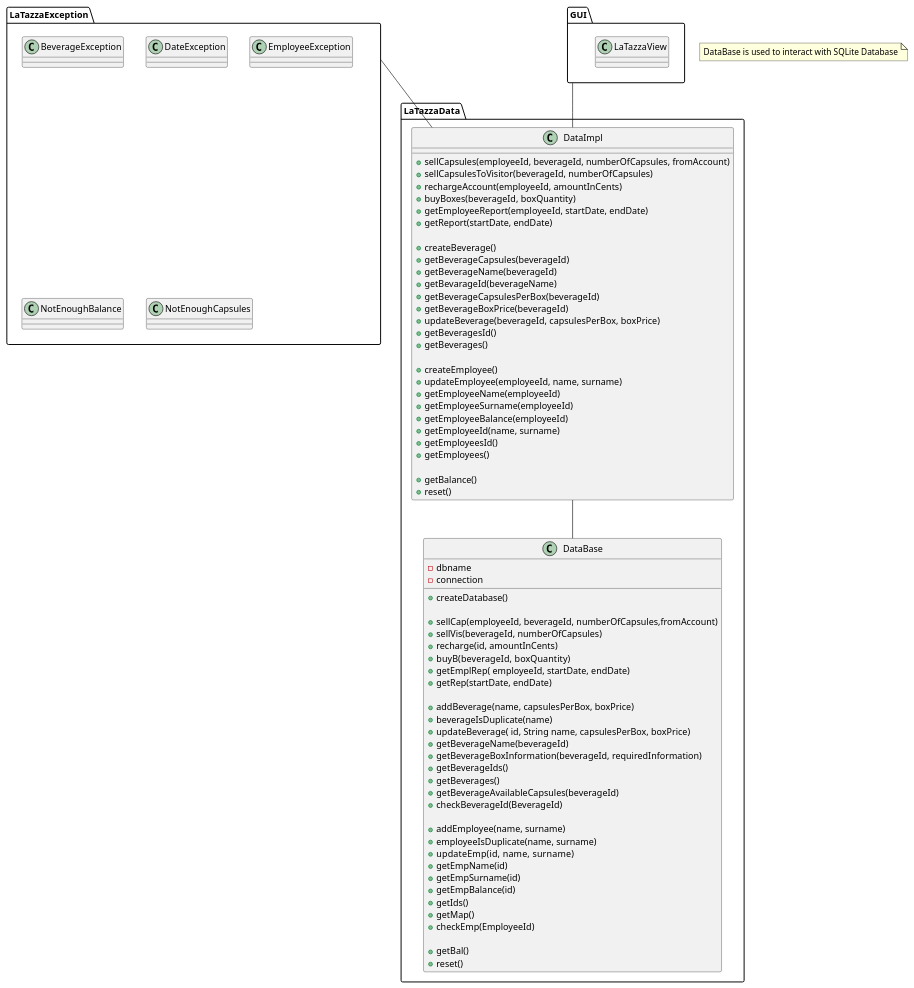
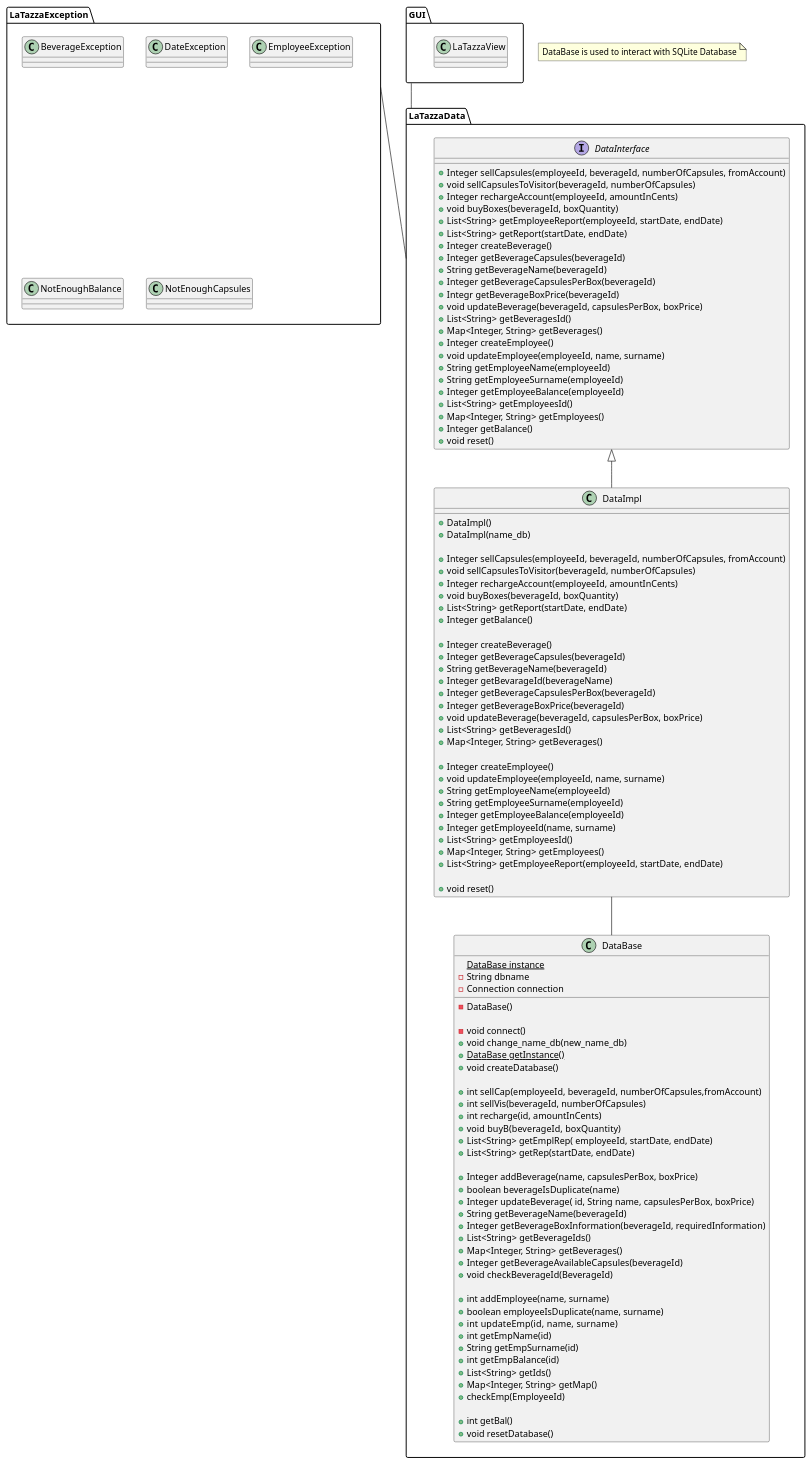
The second of 3 diagrams in templates/DesignDocumentTemplate.md (SimoneDutto/LaTazza), drawn with PlantUML before and after one commit. The commit also changed other lines of this file, not shown here.

Commit message:
Update Class Diagram in DesignDocumentTemplate.md

```diff
--- a/templates/DesignDocumentTemplate.md
+++ b/templates/DesignDocumentTemplate.md
@@ -47,76 +45,114 @@
 }
 
 package LaTazzaData{
+interface DataInterface {
+
+{method} + Integer sellCapsules(employeeId, beverageId, numberOfCapsules, fromAccount)
+{method} + void sellCapsulesToVisitor(beverageId, numberOfCapsules)
+{method} + Integer rechargeAccount(employeeId, amountInCents) 
+{method} + void buyBoxes(beverageId, boxQuantity)
+{method} + List<String> getEmployeeReport(employeeId, startDate, endDate)
+{method} + List<String> getReport(startDate, endDate)
+{method} + Integer createBeverage()
+{method} + Integer getBeverageCapsules(beverageId)
+{method} + String getBeverageName(beverageId)
+{method} + Integer getBeverageCapsulesPerBox(beverageId)
+{method} + Integr getBeverageBoxPrice(beverageId)
+{method} + void updateBeverage(beverageId, capsulesPerBox, boxPrice)
+{method} + List<String> getBeveragesId()
+{method} + Map<Integer, String> getBeverages()
+{method} + Integer createEmployee()
+{method} + void updateEmployee(employeeId, name, surname)
+{method} + String getEmployeeName(employeeId)
+{method} + String getEmployeeSurname(employeeId)
+{method} + Integer getEmployeeBalance(employeeId)
+{method} + List<String> getEmployeesId()
+{method} + Map<Integer, String> getEmployees()
+{method} + Integer getBalance()
+{method} + void reset()
+    
+}
+
 class DataImpl {
 
-{method} + sellCapsules(employeeId, beverageId, numberOfCapsules, fromAccount)
-{method} + sellCapsulesToVisitor(beverageId, numberOfCapsules)
-{method} + rechargeAccount(employeeId, amountInCents) 
-{method} + buyBoxes(beverageId, boxQuantity)
-{method} + getEmployeeReport(employeeId, startDate, endDate)
-{method} + getReport(startDate, endDate)
+{method} + DataImpl()
+{method} + DataImpl(name_db)
 
-{method} + createBeverage()
-{method} + getBeverageCapsules(beverageId)
-{method} + getBeverageName(beverageId)
-{method} + getBevarageId(beverageName)
-{method} + getBeverageCapsulesPerBox(beverageId)
-{method} + getBeverageBoxPrice(beverageId)
-{method} + updateBeverage(beverageId, capsulesPerBox, boxPrice)
-{method} + getBeveragesId()
-{method} + getBeverages()
+{method} + Integer sellCapsules(employeeId, beverageId, numberOfCapsules, fromAccount)
+{method} + void sellCapsulesToVisitor(beverageId, numberOfCapsules)
+{method} + Integer rechargeAccount(employeeId, amountInCents) 
+{method} + void buyBoxes(beverageId, boxQuantity)
+{method} + List<String> getReport(startDate, endDate)
+{method} + Integer getBalance()
 
-{method} + createEmployee()
-{method} + updateEmployee(employeeId, name, surname)
-{method} + getEmployeeName(employeeId)
-{method} + getEmployeeSurname(employeeId)
-{method} + getEmployeeBalance(employeeId)
-{method} + getEmployeeId(name, surname)
-{method} + getEmployeesId()
-{method} + getEmployees()
+{method} + Integer createBeverage()
+{method} + Integer getBeverageCapsules(beverageId)
+{method} + String getBeverageName(beverageId)
+{method} + Integer getBevarageId(beverageName)
+{method} + Integer getBeverageCapsulesPerBox(beverageId)
+{method} + Integer getBeverageBoxPrice(beverageId)
+{method} + void updateBeverage(beverageId, capsulesPerBox, boxPrice)
+{method} + List<String> getBeveragesId()
+{method} + Map<Integer, String> getBeverages()
 
-{method} + getBalance()
-{method} + reset()
+{method} + Integer createEmployee()
+{method} + void updateEmployee(employeeId, name, surname)
+{method} + String getEmployeeName(employeeId)
+{method} + String getEmployeeSurname(employeeId)
+{method} + Integer getEmployeeBalance(employeeId)
+{method} + Integer getEmployeeId(name, surname)
+{method} + List<String> getEmployeesId()
+{method} + Map<Integer, String> getEmployees()
+{method} + List<String> getEmployeeReport(employeeId, startDate, endDate)
+
+{method} + void reset()
 }
 
 class DataBase{
-- dbname
-- connection
+{static} DataBase instance
+- String dbname
+- Connection connection
 
-{method} + createDatabase()
+{method} - DataBase()
 
-{method} + sellCap(employeeId, beverageId, numberOfCapsules,fromAccount)
-{method} + sellVis(beverageId, numberOfCapsules)
-{method} + recharge(id, amountInCents)
-{method} + buyB(beverageId,  boxQuantity)
-{method} + getEmplRep( employeeId, startDate, endDate)
-{method} + getRep(startDate, endDate)
+{method} - void connect()
+{method} + void change_name_db(new_name_db)
+{method} {static} + DataBase getInstance()
+{method} + void createDatabase()
 
-{method} + addBeverage(name, capsulesPerBox, boxPrice)
-{method} + beverageIsDuplicate(name)
-{method} + updateBeverage( id, String name, capsulesPerBox, boxPrice)
-{method} + getBeverageName(beverageId)
-{method} + getBeverageBoxInformation(beverageId, requiredInformation)
-{method} + getBeverageIds() 
-{method} + getBeverages()
-{method} + getBeverageAvailableCapsules(beverageId)
-{method} + checkBeverageId(BeverageId)
+{method} + int sellCap(employeeId, beverageId, numberOfCapsules,fromAccount)
+{method} + int sellVis(beverageId, numberOfCapsules)
+{method} + int recharge(id, amountInCents)
+{method} + void buyB(beverageId,  boxQuantity)
+{method} + List<String> getEmplRep( employeeId, startDate, endDate)
+{method} + List<String> getRep(startDate, endDate)
 
-{method} + addEmployee(name, surname)
-{method} + employeeIsDuplicate(name, surname)
-{method} + updateEmp(id,  name,  surname)
-{method} + getEmpName(id)
-{method} + getEmpSurname(id)
-{method} + getEmpBalance(id)
-{method} + getIds()
-{method} + getMap()
+{method} + Integer addBeverage(name, capsulesPerBox, boxPrice)
+{method} + boolean beverageIsDuplicate(name)
+{method} + Integer updateBeverage( id, String name, capsulesPerBox, boxPrice)
+{method} + String getBeverageName(beverageId)
+{method} + Integer getBeverageBoxInformation(beverageId, requiredInformation)
+{method} + List<String> getBeverageIds() 
+{method} + Map<Integer, String> getBeverages()
+{method} + Integer getBeverageAvailableCapsules(beverageId)
+{method} + void checkBeverageId(BeverageId)
+
+{method} + int addEmployee(name, surname)
+{method} + boolean employeeIsDuplicate(name, surname)
+{method} + int updateEmp(id,  name,  surname)
+{method} + int getEmpName(id)
+{method} + String getEmpSurname(id)
+{method} + int getEmpBalance(id)
+{method} + List<String> getIds()
+{method} + Map<Integer, String> getMap()
 {method} + checkEmp(EmployeeId)
 
-{method} + getBal()
-{method} + reset()    
+{method} + int getBal()
+{method} + void resetDatabase()    
 }
 }
 
+DataInterface <|-- DataImpl 
 DataImpl -- DataBase
 
 package GUI{
@@ -125,8 +161,8 @@
 } 
 }
 
-GUI -- DataImpl
-LaTazzaException -- DataImpl
+GUI -- LaTazzaData
+LaTazzaException -- LaTazzaData
 
 note "DataBase is used to interact with SQLite Database" as n1
 
```
